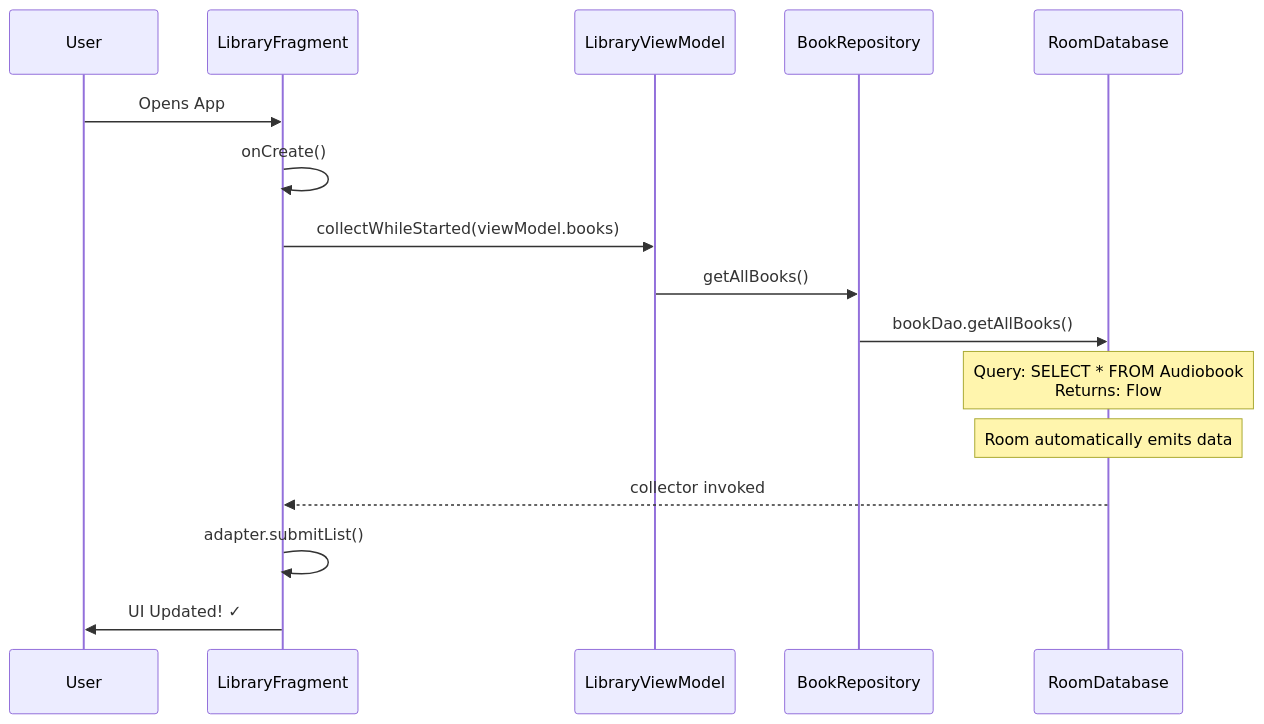
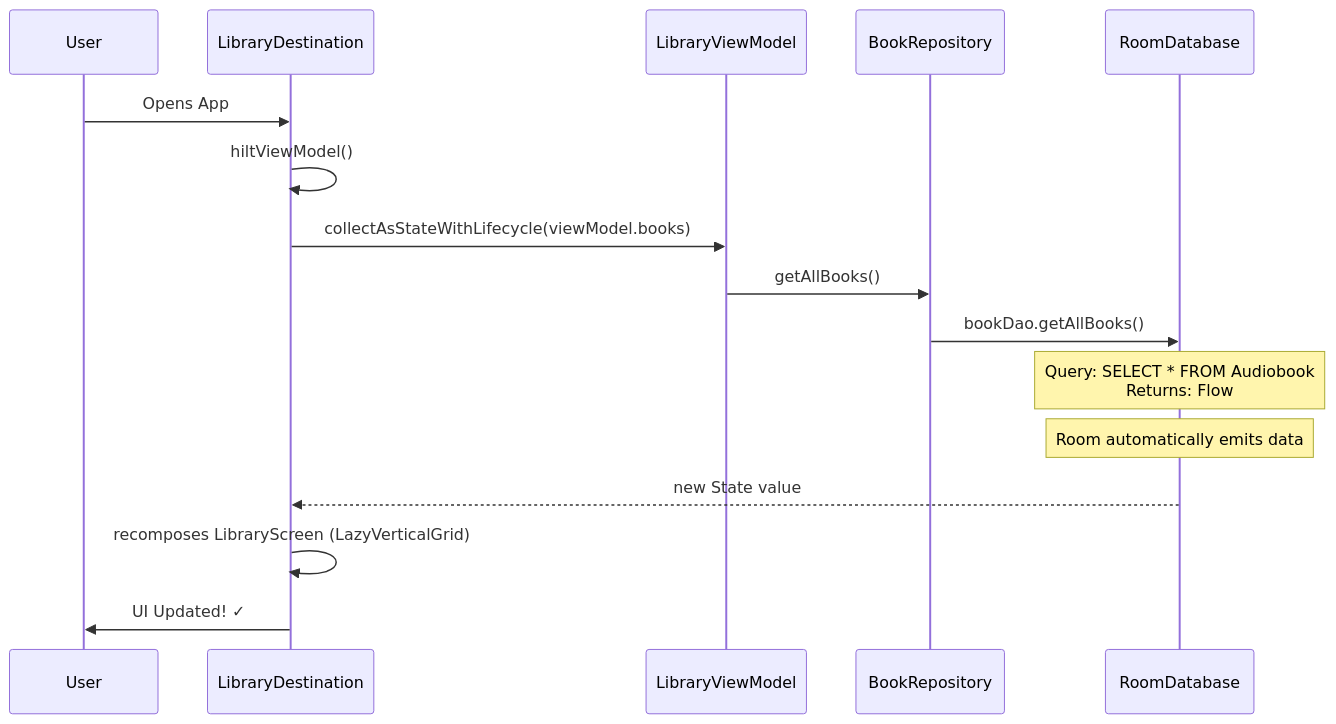
One commit to alebianco/chronicle changed the fourth of 8 diagrams in backlog/docs/reference/07-visual-guide.md. Above: the diagram before and after it, drawn with Mermaid. The commit also changed other lines of this file and 73 other files, not shown here.

````diff
--- a/backlog/docs/reference/07-visual-guide.md
+++ b/backlog/docs/reference/07-visual-guide.md
@@ -161,19 +164,19 @@
 ```mermaid
 sequenceDiagram
     participant User
-    participant LibraryFragment
+    participant LibraryDestination
     participant LibraryViewModel
     participant BookRepository
     participant RoomDatabase
     
-    User->>LibraryFragment: Opens App
-    LibraryFragment->>LibraryFragment: onCreate()
-    LibraryFragment->>LibraryViewModel: collectWhileStarted(viewModel.books)
+    User->>LibraryDestination: Opens App
+    LibraryDestination->>LibraryDestination: hiltViewModel()
+    LibraryDestination->>LibraryViewModel: collectAsStateWithLifecycle(viewModel.books)
     LibraryViewModel->>BookRepository: getAllBooks()
     BookRepository->>RoomDatabase: bookDao.getAllBooks()
     Note over RoomDatabase: Query: SELECT * FROM Audiobook<br/>Returns: Flow
     Note over RoomDatabase: Room automatically emits data
-    RoomDatabase-->>LibraryFragment: collector invoked
-    LibraryFragment->>LibraryFragment: adapter.submitList()
-    LibraryFragment->>User: UI Updated! ✓
+    RoomDatabase-->>LibraryDestination: new State value
+    LibraryDestination->>LibraryDestination: recomposes LibraryScreen (LazyVerticalGrid)
+    LibraryDestination->>User: UI Updated! ✓
 ```
````
